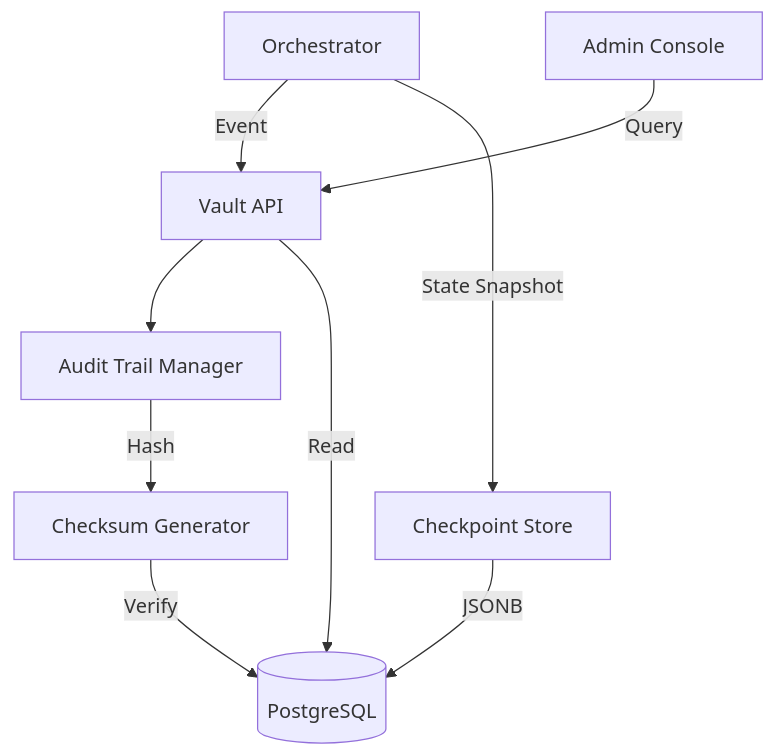
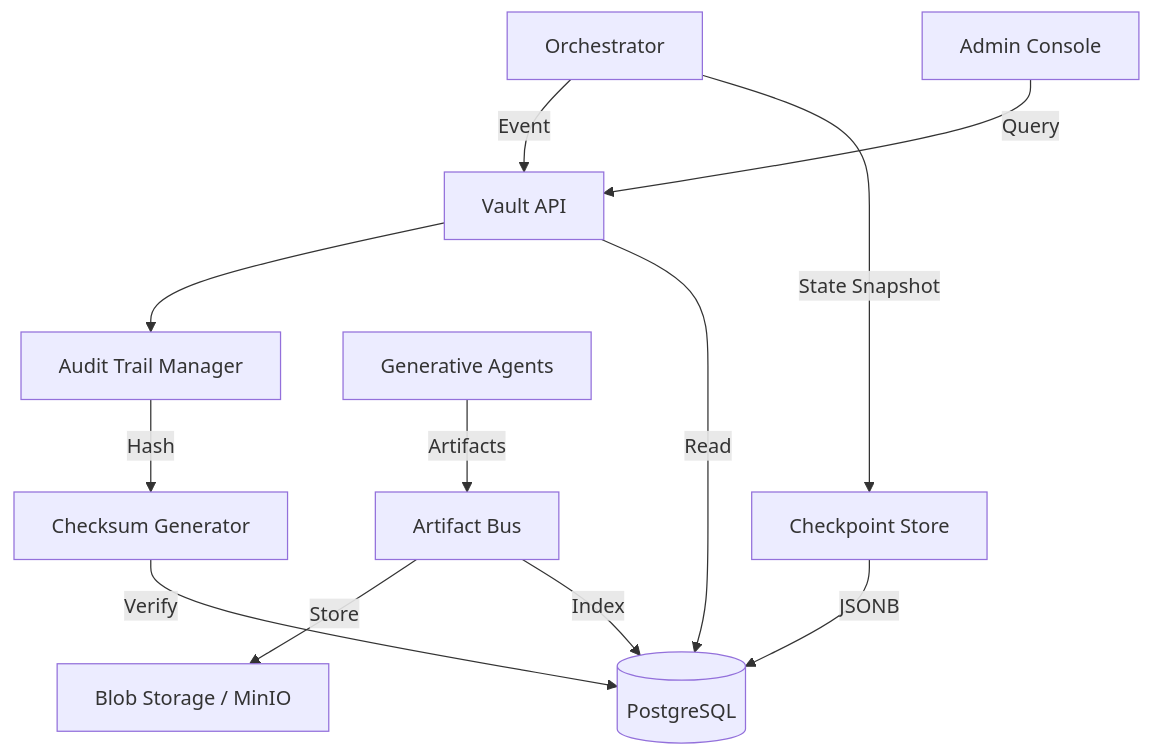
Before and after one commit to azzindani/Kea: the diagram in services/vault/README.md, drawn with Mermaid. The commit also changed other lines of this file and 21 other files, not shown here.

````diff
--- a/services/vault/README.md
+++ b/services/vault/README.md
@@ -22,13 +20,17 @@
 ```mermaid
 graph TD
     Orch[Orchestrator] -->|Event| API[Vault API]
     API --> Trail[Audit Trail Manager]
     Trail -->|Hash| Checksum[Checksum Generator]
     Checksum -->|Verify| Postgres[(PostgreSQL)]
     
     Orch -->|State Snapshot| Checkpoint[Checkpoint Store]
     Checkpoint -->|JSONB| Postgres
     
+    Nodes[Generative Agents] -->|Artifacts| Bus[Artifact Bus]
+    Bus -->|Store| S3[Blob Storage / MinIO]
+    Bus -->|Index| Postgres
+    
     Admin[Admin Console] -->|Query| API
     API -->|Read| Postgres
 ```
````
